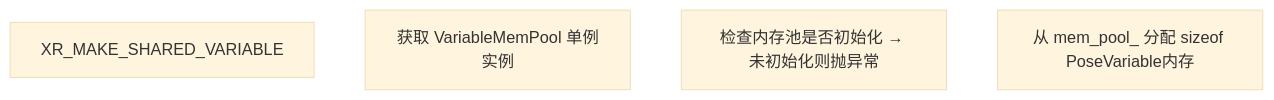
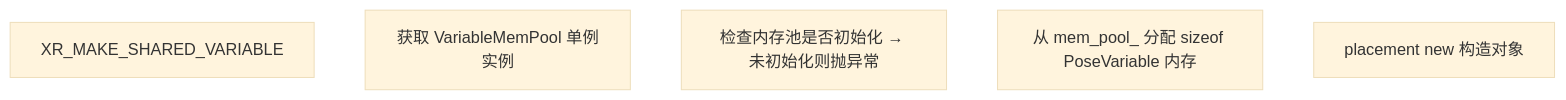
One commit to huzixuan1/iodraw-files changed the diagram in all/未命名-5.md. Above: the diagram before and after it, drawn with Mermaid (base theme).

Commit message:
2025-05-21 16:56:56 update

````diff
--- a/all/未命名-5.md
+++ b/all/未命名-5.md
@@ -1,16 +1,16 @@
 ```mermaid
 graph TD
   A[XR_MAKE_SHARED_VARIABLE]
   B[获取 VariableMemPool 单例实例]
   C[检查内存池是否初始化 → 未初始化则抛异常]
-  D[从 mem_pool_ 分配 sizeof PoseVariable内存]
-%%   E1[placement new 构造对象]
+  D[从 mem_pool_ 分配 sizeof PoseVariable 内存]
+  E1[placement new 构造对象]
 %%   E2[记录内存不足警告]
 %%   F1[返回带自定义删除器的 shared_ptr]
 %%   F2[返回空指针]
 
 %%   A --> B --> C --> D
 %%   D -->|成功| E1 --> F1
 %%   D -->|失败| E2 --> F2
 
 ```
````
